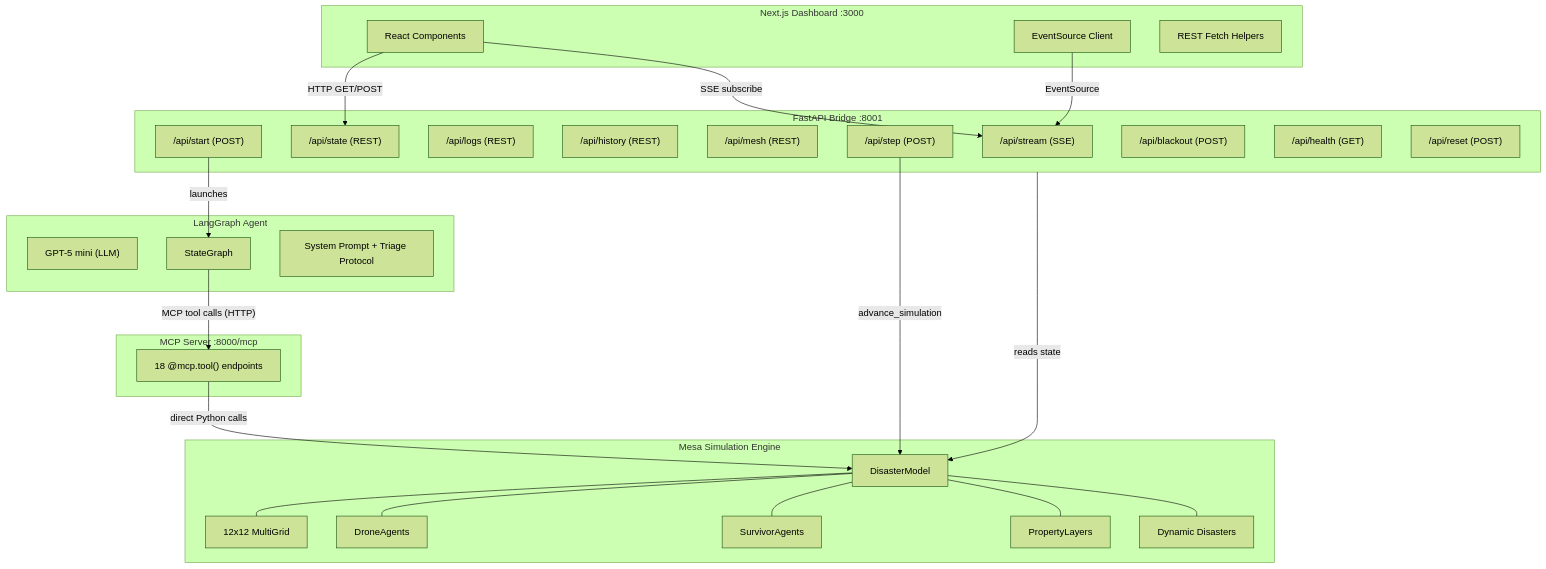
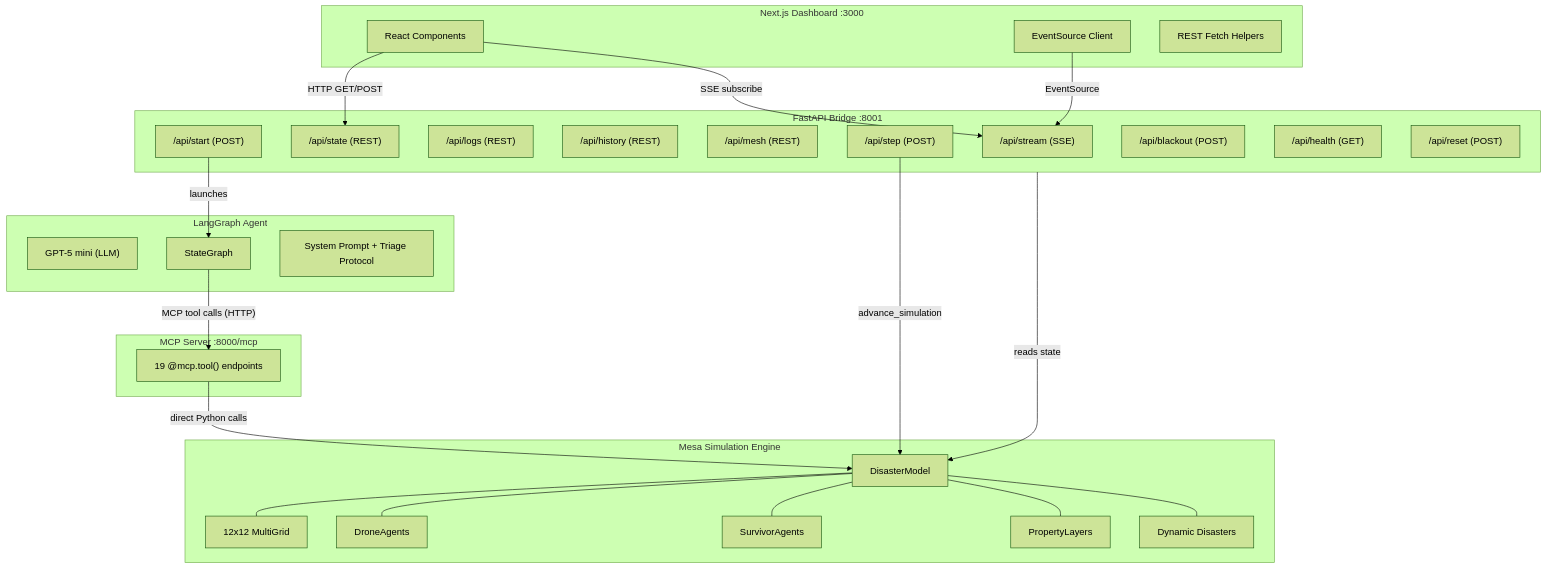
Before and after one commit to Andersonnn7788/drone-agents: the first of 11 diagrams in architecture.md, drawn with Mermaid (forest theme). The commit also changed other lines of this file and 27 other files, not shown here.

````diff
--- a/architecture.md
+++ b/architecture.md
@@ -11,58 +11,58 @@
 ```mermaid
 flowchart TB
     subgraph Frontend["Next.js Dashboard :3000"]
         RC[React Components]
         ES[EventSource Client]
         REST_C[REST Fetch Helpers]
     end
 
     subgraph API["FastAPI Bridge :8001"]
         SSE["/api/stream (SSE)"]
         STATE["/api/state (REST)"]
         LOGS["/api/logs (REST)"]
         HIST["/api/history (REST)"]
         MESH_EP["/api/mesh (REST)"]
         START["/api/start (POST)"]
         STEP["/api/step (POST)"]
         BLACKOUT_EP["/api/blackout (POST)"]
         HEALTH["/api/health (GET)"]
         RESET["/api/reset (POST)"]
     end
 
     subgraph Agent["LangGraph Agent"]
         LLM["GPT-5 mini (LLM)"]
         SG[StateGraph]
         SP[System Prompt + Triage Protocol]
     end
 
     subgraph MCP["MCP Server :8000/mcp"]
-        TOOLS["18 @mcp.tool() endpoints"]
+        TOOLS["19 @mcp.tool() endpoints"]
     end
 
     subgraph Sim["Mesa Simulation Engine"]
         MODEL[DisasterModel]
         GRID["12x12 MultiGrid"]
         DRONES[DroneAgents]
         SURVIVORS[SurvivorAgents]
         PL[PropertyLayers]
         DYN[Dynamic Disasters]
     end
 
     RC -->|"SSE subscribe"| SSE
     RC -->|"HTTP GET/POST"| STATE
     ES -->|"EventSource"| SSE
 
     API -->|"reads state"| MODEL
 
     SG -->|"MCP tool calls (HTTP)"| TOOLS
     TOOLS -->|"direct Python calls"| MODEL
 
     START -->|"launches"| SG
     STEP -->|"advance_simulation"| MODEL
 
     MODEL --- GRID
     MODEL --- DRONES
     MODEL --- SURVIVORS
     MODEL --- PL
     MODEL --- DYN
 ```
````
